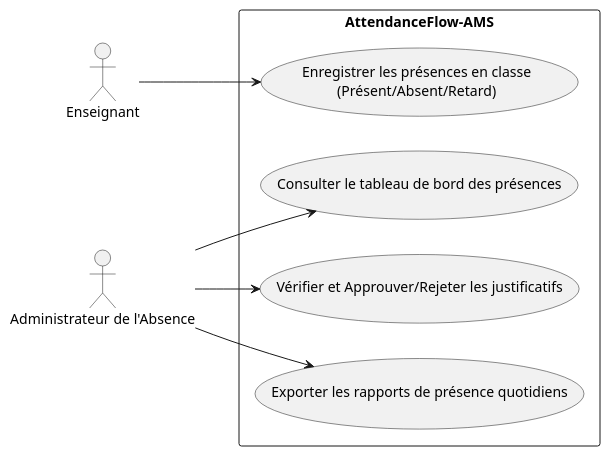
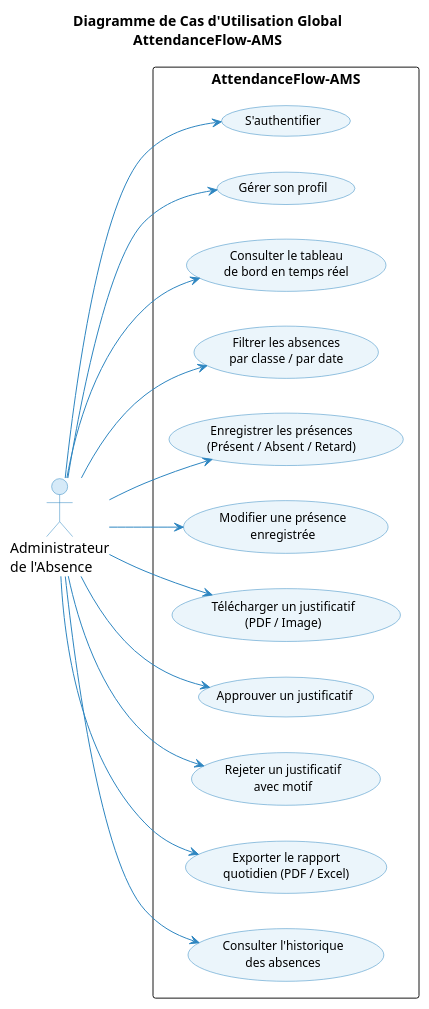
The diagram in Analyse/cas_utilisation/use_case.puml (abdelhaymallouli/AttendanceFlow-AMS), drawn with PlantUML before and after one commit. The commit also changed 9 other files, not shown here.

```diff
--- a/Analyse/cas_utilisation/use_case.puml
+++ b/Analyse/cas_utilisation/use_case.puml
@@ -1,21 +1,46 @@
-@startuml
+@startuml use_case_global
+title Diagramme de Cas d'Utilisation Global\nAttendanceFlow-AMS
+
 left to right direction
+
+skinparam usecase {
+  BackgroundColor #EBF5FB
+  BorderColor #2E86C1
+  ArrowColor #2E86C1
+  FontSize 12
+}
+skinparam actor {
+  BorderColor #2E86C1
+  BackgroundColor #D6EAF8
+}
 skinparam packageStyle rectangle
 
-actor "Enseignant" as teacher
-actor "Administrateur de l'Absence" as admin
+actor "Administrateur\nde l'Absence" as admin
 
 rectangle "AttendanceFlow-AMS" {
-  usecase "Enregistrer les présences en classe\n(Présent/Absent/Retard)" as UC1
-  usecase "Consulter le tableau de bord des présences" as UC2
-  usecase "Vérifier et Approuver/Rejeter les justificatifs" as UC3
-  usecase "Exporter les rapports de présence quotidiens" as UC4
+  usecase "S'authentifier" as UC01
+  usecase "Gérer son profil" as UC02
+  usecase "Consulter le tableau\nde bord en temps réel" as UC03
+  usecase "Filtrer les absences\npar classe / par date" as UC04
+  usecase "Enregistrer les présences\n(Présent / Absent / Retard)" as UC05
+  usecase "Modifier une présence\nenregistrée" as UC06
+  usecase "Télécharger un justificatif\n(PDF / Image)" as UC07
+  usecase "Approuver un justificatif" as UC08
+  usecase "Rejeter un justificatif\navec motif" as UC09
+  usecase "Exporter le rapport\nquotidien (PDF / Excel)" as UC10
+  usecase "Consulter l'historique\ndes absences" as UC11
 }
 
-teacher --> UC1
-
-admin --> UC2
-admin --> UC3
-admin --> UC4
+admin --> UC01
+admin --> UC02
+admin --> UC03
+admin --> UC04
+admin --> UC05
+admin --> UC06
+admin --> UC07
+admin --> UC08
+admin --> UC09
+admin --> UC10
+admin --> UC11
 
 @enduml
```
